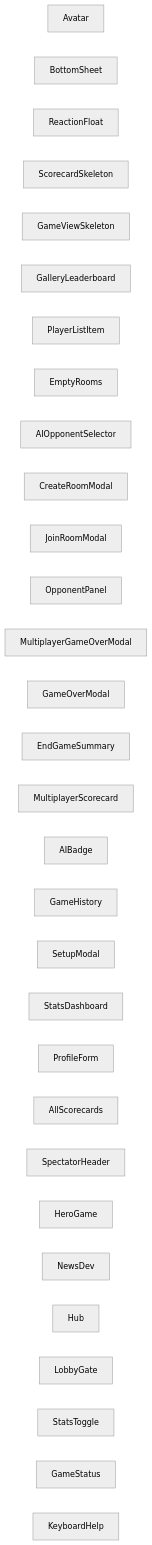
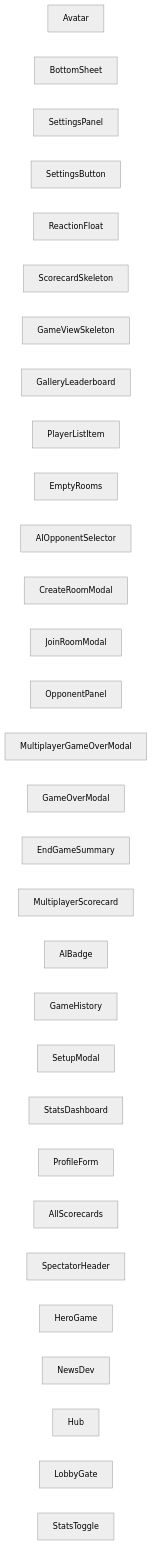
The diagram in docs/architecture/akg/diagrams/COMPONENT_DEPENDENCIES.md (verlyn13/dicee), drawn with Mermaid (neutral theme) before and after one commit. The commit also changed other lines of this file and 9 other files, not shown here.

First line of the commit message:
chore: update state files and regenerate AKG diagrams

````diff
--- a/docs/architecture/akg/diagrams/COMPONENT_DEPENDENCIES.md
+++ b/docs/architecture/akg/diagrams/COMPONENT_DEPENDENCIES.md
@@ -13,34 +13,34 @@
 ```mermaid
 flowchart LR
     component__Avatar__nts_ui_Avatar_svelte["Avatar"]
     component__BottomSheet__i_BottomSheet_sv["BottomSheet"]
+    component__SettingsPanel__SettingsPanel_["SettingsPanel"]
+    component__SettingsButton__ettingsButton["SettingsButton"]
     component__ReactionFloat__ReactionFloat_["ReactionFloat"]
     component__ScorecardSkeleton__ecardSkele["ScorecardSkeleton"]
     component__GameViewSkeleton__eViewSkelet["GameViewSkeleton"]
     component__GalleryLeaderboard__ryLeaderb["GalleryLeaderboard"]
     component__PlayerListItem__layerListItem["PlayerListItem"]
     component__EmptyRooms__by_EmptyRooms_sve["EmptyRooms"]
     component__AIOpponentSelector__onentSele["AIOpponentSelector"]
     component__CreateRoomModal__eateRoomModa["CreateRoomModal"]
     component__JoinRoomModal__JoinRoomModal_["JoinRoomModal"]
     component__OpponentPanel__OpponentPanel_["OpponentPanel"]
     component__MultiplayerGameOverModal__Gam["MultiplayerGameOverModal"]
     component__GameOverModal__GameOverModal_["GameOverModal"]
     component__EndGameSummary__ndGameSummary["EndGameSummary"]
     component__MultiplayerScorecard__ayerSco["MultiplayerScorecard"]
     component__AIBadge___game_AIBadge_svelte["AIBadge"]
     component__GameHistory__e_GameHistory_sv["GameHistory"]
     component__SetupModal__le_SetupModal_sve["SetupModal"]
     component__StatsDashboard__tatsDashboard["StatsDashboard"]
     component__ProfileForm__e_ProfileForm_sv["ProfileForm"]
     component__AllScorecards__AllScorecards_["AllScorecards"]
     component__SpectatorHeader__ectatorHeade["SpectatorHeader"]
     component__HeroGame___hub_HeroGame_svelt["HeroGame"]
     component__NewsDev__s_hub_NewsDev_svelte["NewsDev"]
     component__Hub__nents_hub_Hub_svelte["Hub"]
     component__LobbyGate__hub_LobbyGate_svel["LobbyGate"]
     component__StatsToggle__d_StatsToggle_sv["StatsToggle"]
-    component__GameStatus__ud_GameStatus_sve["GameStatus"]
-    component__KeyboardHelp___KeyboardHelp_s["KeyboardHelp"]
 
 ```
````
